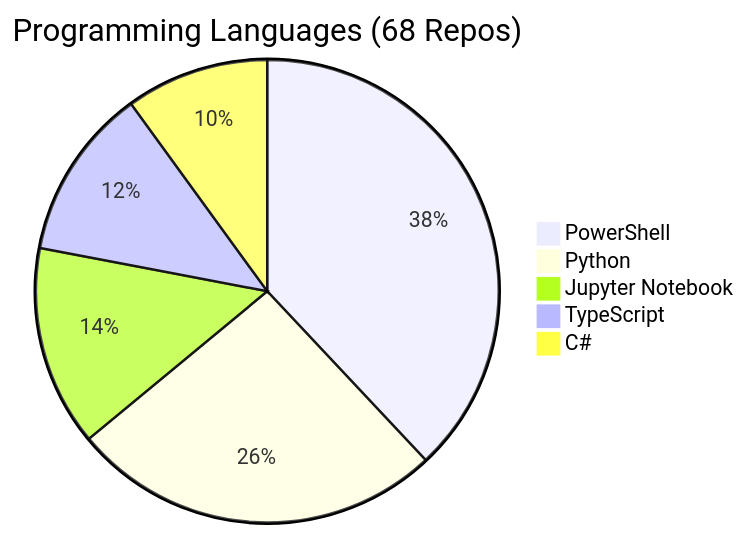
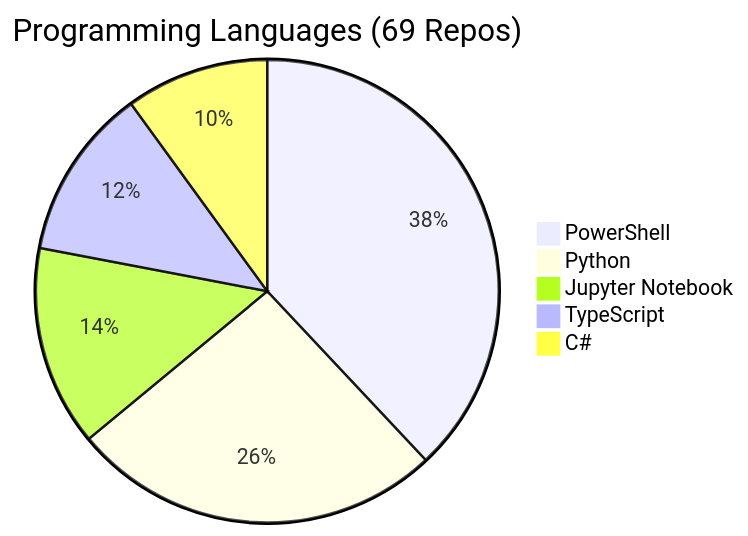
One commit to fabioc-aloha/fabioc-aloha changed the diagram in REPOS.md. Above: the diagram before and after it, drawn with Mermaid. The commit also changed other lines of this file and 1 other file, not shown here.

````diff
--- a/REPOS.md
+++ b/REPOS.md
@@ -111,8 +112,8 @@
 ```mermaid
-pie title Programming Languages (68 Repos)
+pie title Programming Languages (69 Repos)
     "PowerShell" : 19
     "Python" : 13
     "Jupyter Notebook" : 7
     "TypeScript" : 6
     "C#" : 5
 ```
````
